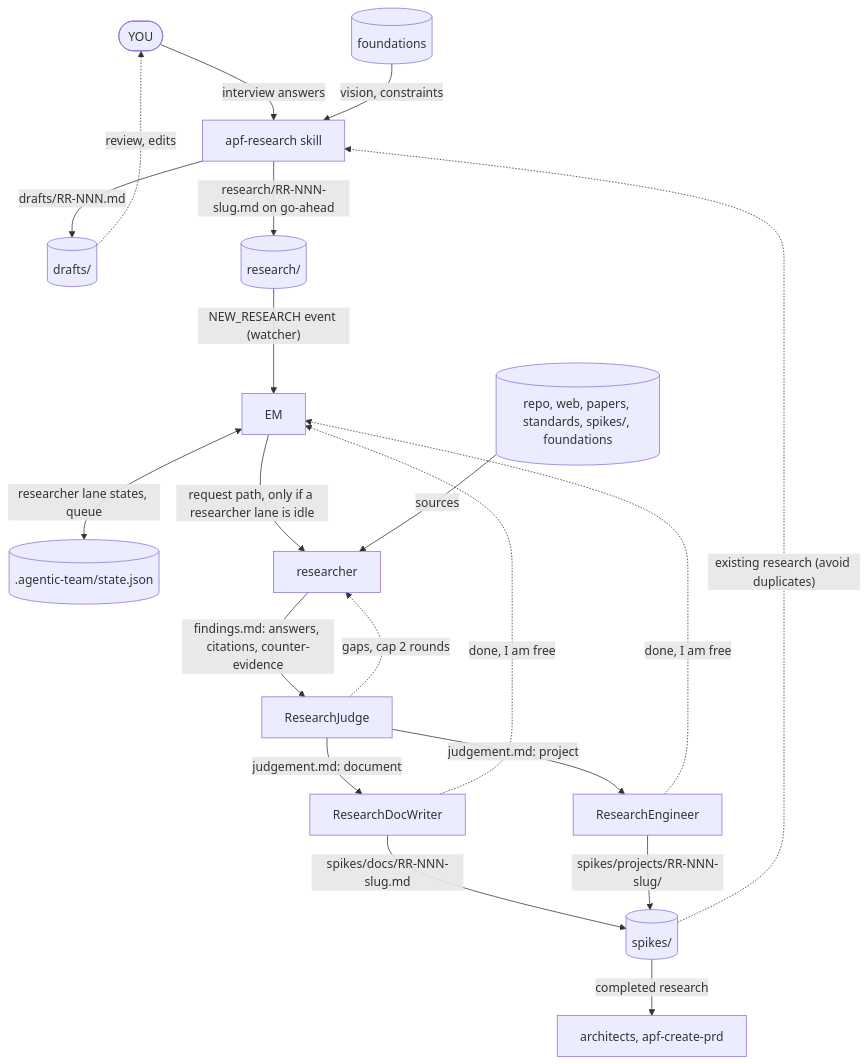
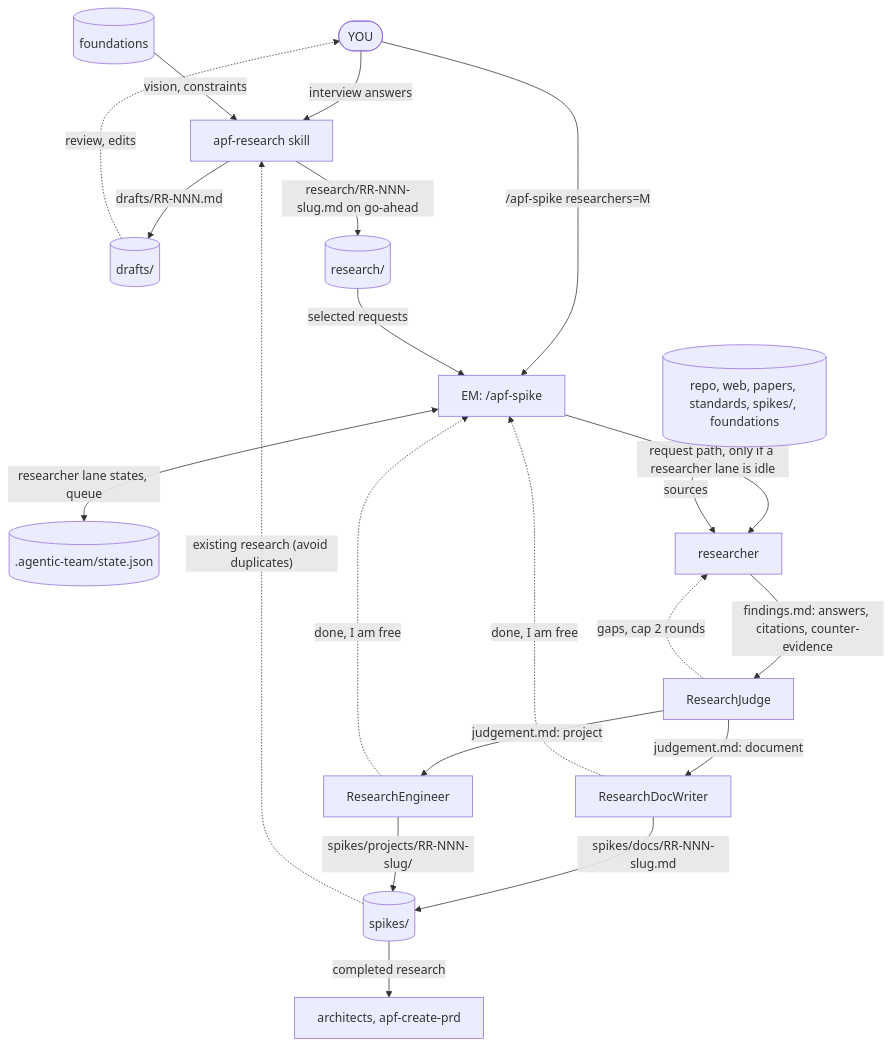
The third of 3 diagrams in README.md (gbarnett-hz/agentic-product-function), drawn with Mermaid before and after one commit. The commit also changed other lines of this file and 46 other files, not shown here.

````diff
--- a/README.md
+++ b/README.md
@@ -503,22 +506,23 @@
 ```mermaid
 flowchart TD
     YOU([YOU]) -->|"interview answers"| RS[apf-research skill]
     FND[("foundations")] -->|"vision, constraints"| RS
     SPK[("spikes/")] -.->|"existing research (avoid duplicates)"| RS
     RS -->|"drafts/RR-NNN.md"| DR[("drafts/")]
     DR -.->|"review, edits"| YOU
     RS -->|"research/RR-NNN-slug.md on go-ahead"| RQ[("research/")]
-    RQ -->|"NEW_RESEARCH event (watcher)"| EM
+    YOU -->|"/apf-spike researchers=M"| EM["EM: /apf-spike"]
+    RQ -->|"selected requests"| EM
     EM <-->|"researcher lane states, queue"| STATE[(".agentic-team/state.json")]
     EM -->|"request path, only if a researcher lane is idle"| RES[researcher]
     SRC[("repo, web, papers, standards, spikes/, foundations")] -->|"sources"| RES
     RES -->|"findings.md: answers, citations, counter-evidence"| J[ResearchJudge]
     J -.->|"gaps, cap 2 rounds"| RES
     J -->|"judgement.md: document"| DW[ResearchDocWriter]
     J -->|"judgement.md: project"| RE[ResearchEngineer]
     DW -->|"spikes/docs/RR-NNN-slug.md"| SPK
     RE -->|"spikes/projects/RR-NNN-slug/"| SPK
     DW -.->|"done, I am free"| EM
     RE -.->|"done, I am free"| EM
     SPK -->|"completed research"| ARCH[architects, apf-create-prd]
 ```
````
